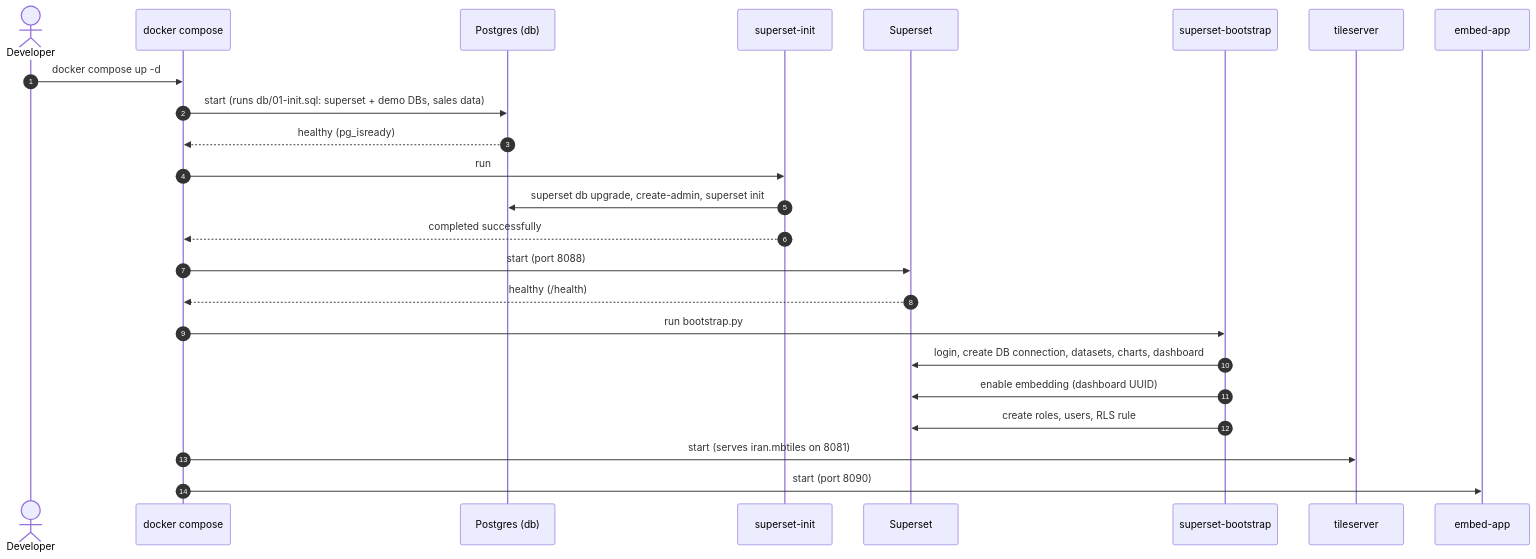
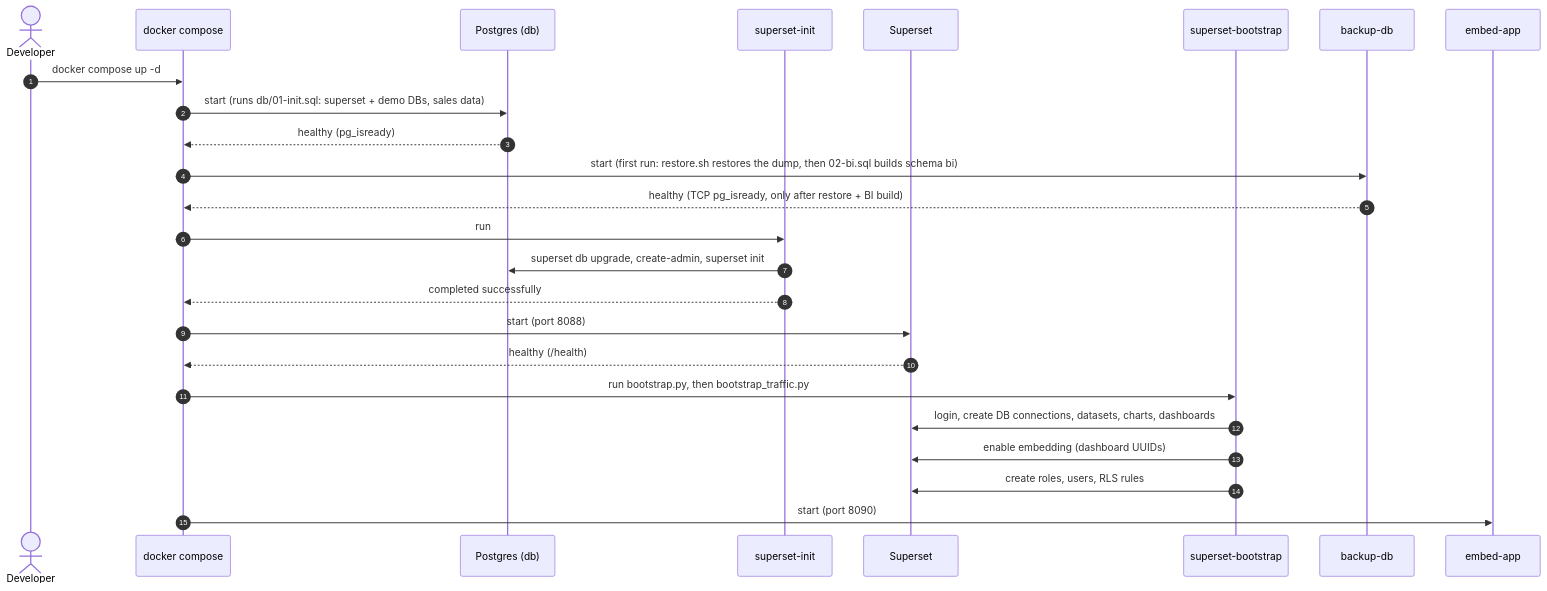
Before and after one commit to alip990/superset-demo: the first of 2 diagrams in README.md, drawn with Mermaid. The commit also changed other lines of this file and 1 other file, not shown here.

First line of the commit message:
Document how the traffic demo was built, Jalali dates, and add Persian guide

````diff
--- a/README.md
+++ b/README.md
@@ -27,27 +37,28 @@
 ```mermaid
 sequenceDiagram
     autonumber
     actor Dev as Developer
     participant DC as docker compose
     participant PG as Postgres (db)
     participant INIT as superset-init
     participant SS as Superset
     participant BS as superset-bootstrap
-    participant TS as tileserver
+    participant BK as backup-db
     participant EA as embed-app
 
     Dev->>DC: docker compose up -d
     DC->>PG: start (runs db/01-init.sql: superset + demo DBs, sales data)
     PG-->>DC: healthy (pg_isready)
+    DC->>BK: start (first run: restore.sh restores the dump, then 02-bi.sql builds schema bi)
+    BK-->>DC: healthy (TCP pg_isready, only after restore + BI build)
     DC->>INIT: run
     INIT->>PG: superset db upgrade, create-admin, superset init
     INIT-->>DC: completed successfully
     DC->>SS: start (port 8088)
     SS-->>DC: healthy (/health)
-    DC->>BS: run bootstrap.py
-    BS->>SS: login, create DB connection, datasets, charts, dashboard
-    BS->>SS: enable embedding (dashboard UUID)
-    BS->>SS: create roles, users, RLS rule
-    DC->>TS: start (serves iran.mbtiles on 8081)
+    DC->>BS: run bootstrap.py, then bootstrap_traffic.py
+    BS->>SS: login, create DB connections, datasets, charts, dashboards
+    BS->>SS: enable embedding (dashboard UUIDs)
+    BS->>SS: create roles, users, RLS rules
     DC->>EA: start (port 8090)
 ```
````
